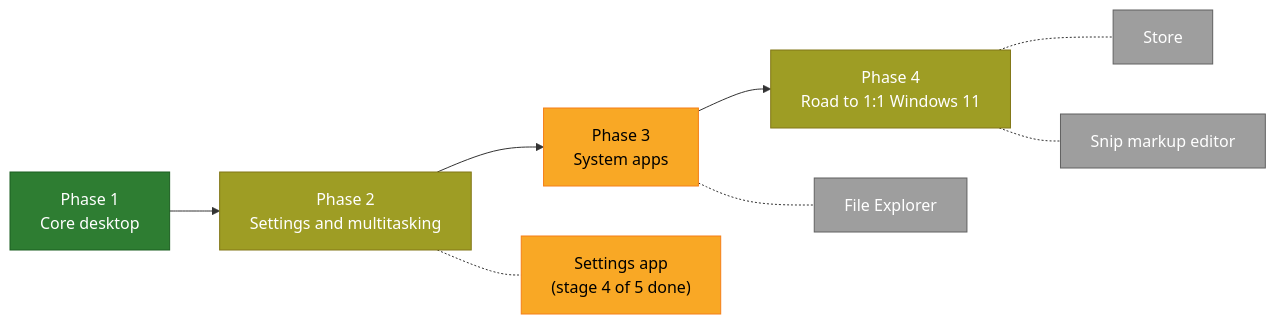
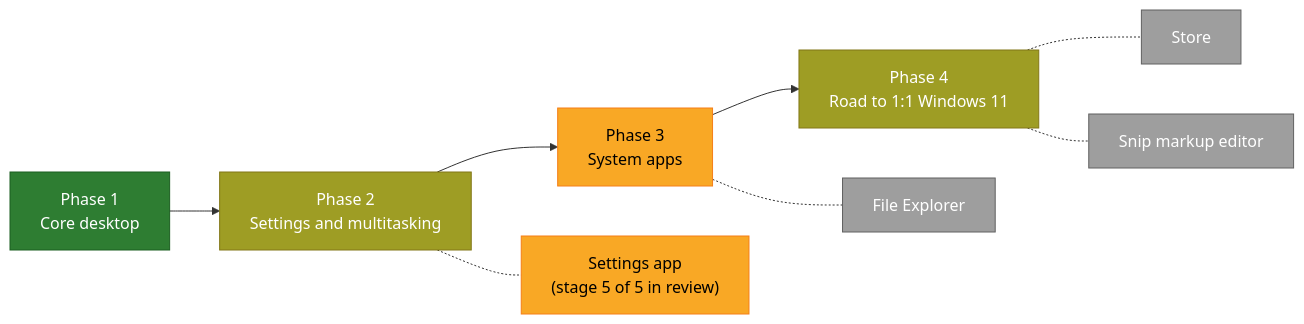
One commit to znraznra/lapin-ux changed the first of 2 diagrams in README.md. Above: the diagram before and after it, drawn with Mermaid. The commit also changed other lines of this file and 12 other files, not shown here.

First line of the commit message:
Settings stage 5: Windows search, and every entry point opens the right Settings page

````diff
--- a/README.md
+++ b/README.md
@@ -72,12 +72,12 @@
 ```mermaid
 flowchart LR
     P1["Phase 1<br/>Core desktop"]:::done --> P2["Phase 2<br/>Settings and multitasking"]:::mostly --> P3["Phase 3<br/>System apps"]:::partly --> P4["Phase 4<br/>Road to 1:1 Windows 11"]:::mostly
-    P2 -.- S["Settings app<br/>(stage 4 of 5 done)"]:::partly
+    P2 -.- S["Settings app<br/>(stage 5 of 5 in review)"]:::partly
     P3 -.- FE["File Explorer"]:::todo
     P4 -.- ST["Store"]:::todo
     P4 -.- MK["Snip markup editor"]:::todo
     classDef done fill:#2e7d32,color:#fff,stroke:#1b5e20
     classDef mostly fill:#9e9d24,color:#fff,stroke:#827717
     classDef partly fill:#f9a825,color:#000,stroke:#f57f17
     classDef todo fill:#9e9e9e,color:#fff,stroke:#616161
 ```
````
